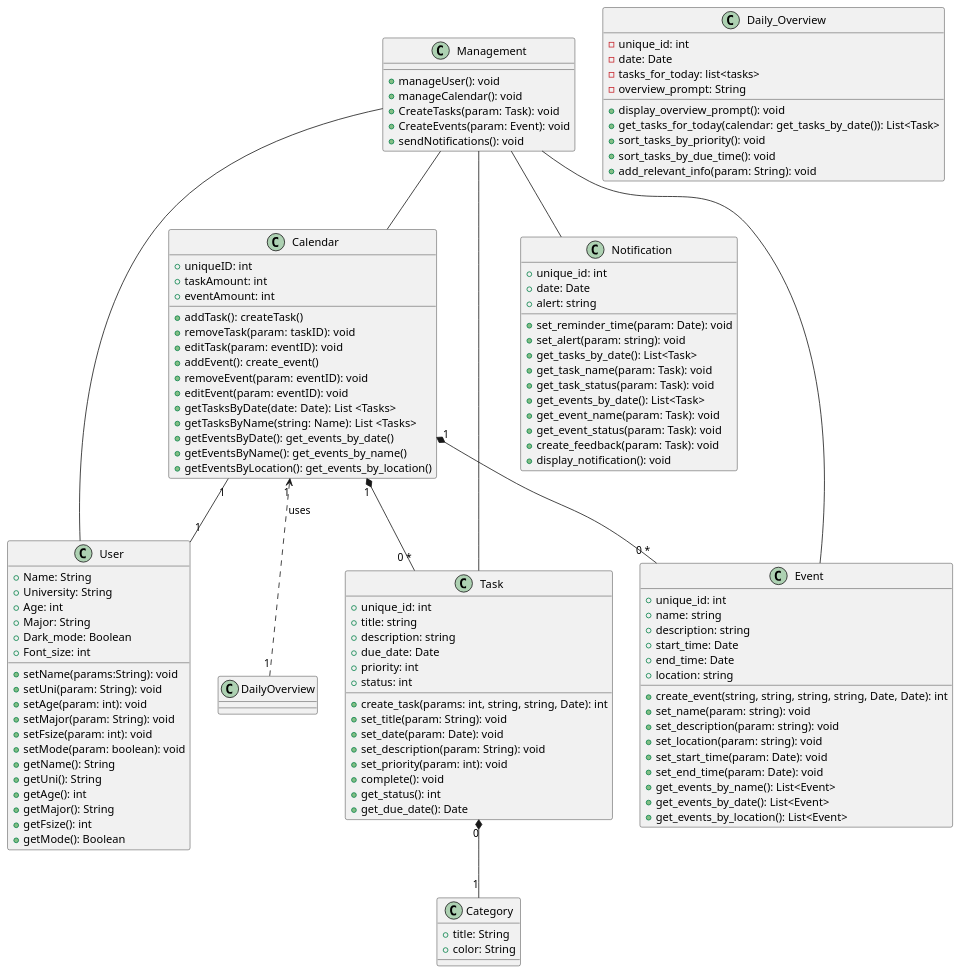
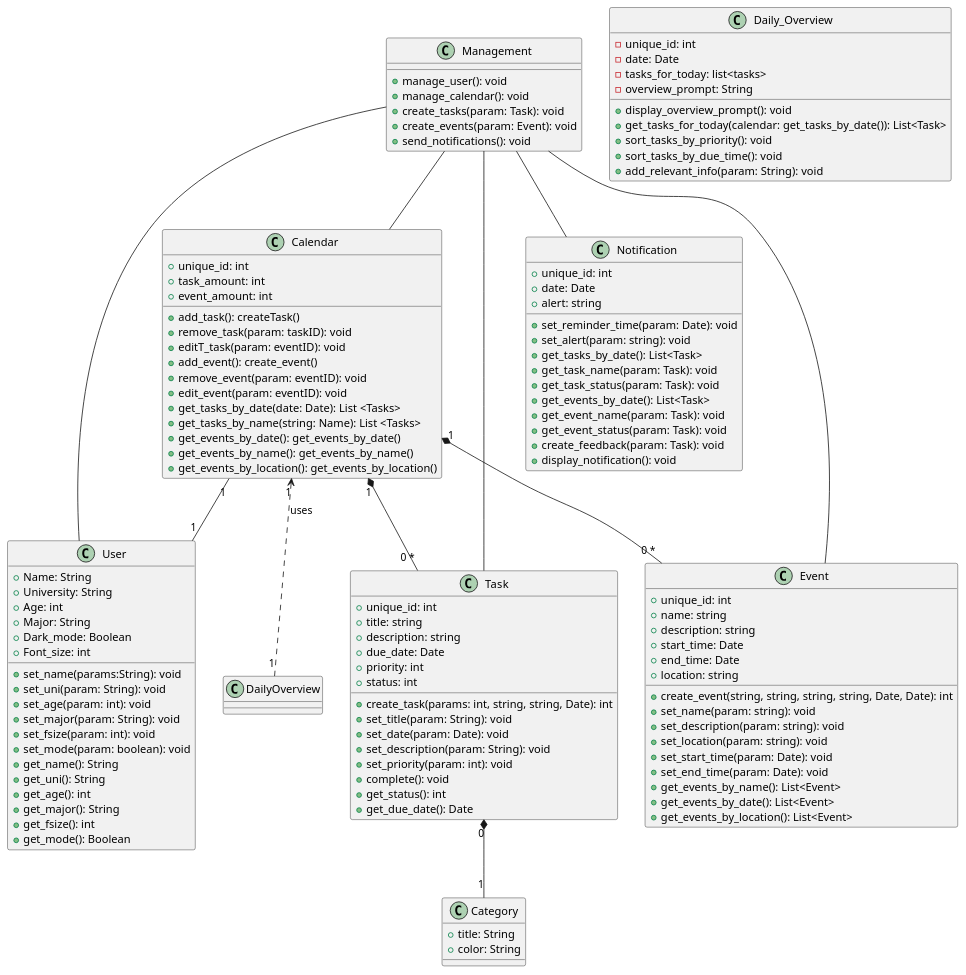
Before and after one commit to CS361-2024Fall-Term/Innovators: the diagram in assignment6/Diagram.puml, drawn with PlantUML.

Commit message:
snake_case on diagram

```diff
--- a/assignment6/Diagram.puml
+++ b/assignment6/Diagram.puml
@@ -1,133 +1,133 @@
 @startuml
 
 class User {
   +Name: String
   +University: String
   +Age: int
   +Major: String
   +Dark_mode: Boolean
   +Font_size: int
-  +setName(params:String): void
-  +setUni(param: String): void
-  +setAge(param: int): void
-  +setMajor(param: String): void
-  +setFsize(param: int): void
-  +setMode(param: boolean): void
-  +getName(): String
-  +getUni(): String
-  +getAge(): int
-  +getMajor(): String
-  +getFsize(): int
-  +getMode(): Boolean
+  +set_name(params:String): void
+  +set_uni(param: String): void
+  +set_age(param: int): void
+  +set_major(param: String): void
+  +set_fsize(param: int): void
+  +set_mode(param: boolean): void
+  +get_name(): String
+  +get_uni(): String
+  +get_age(): int
+  +get_major(): String
+  +get_fsize(): int
+  +get_mode(): Boolean
  
 }
 
 class Calendar {
-  +uniqueID: int  
-  +taskAmount: int
-  +eventAmount: int
-  +addTask(): createTask()
-  +removeTask(param: taskID): void
-  +editTask(param: eventID): void
-  +addEvent(): create_event()
-  +removeEvent(param: eventID): void
-  +editEvent(param: eventID): void
-  +getTasksByDate(date: Date): List <Tasks>
-  +getTasksByName(string: Name): List <Tasks>
-  +getEventsByDate(): get_events_by_date()
-  +getEventsByName(): get_events_by_name()
-  +getEventsByLocation(): get_events_by_location()
+  +unique_id: int  
+  +task_amount: int
+  +event_amount: int
+  +add_task(): createTask()
+  +remove_task(param: taskID): void
+  +editT_task(param: eventID): void
+  +add_event(): create_event()
+  +remove_event(param: eventID): void
+  +edit_event(param: eventID): void
+  +get_tasks_by_date(date: Date): List <Tasks>
+  +get_tasks_by_name(string: Name): List <Tasks>
+  +get_events_by_date(): get_events_by_date()
+  +get_events_by_name(): get_events_by_name()
+  +get_events_by_location(): get_events_by_location()
 }
 
 class Task {
   +unique_id: int
   +title: string
   +description: string
   +due_date: Date
   +priority: int
   +status: int
   +create_task(params: int, string, string, Date): int
   +set_title(param: String): void
   +set_date(param: Date): void
   +set_description(param: String): void
   +set_priority(param: int): void
   +complete(): void
   +get_status(): int
   +get_due_date(): Date
 }
 
 class Category {
   +title: String
   +color: String
 }
 
 class Notification {
   +unique_id: int  
   +date: Date
   +alert: string
   
   +set_reminder_time(param: Date): void
   +set_alert(param: string): void
   +get_tasks_by_date(): List<Task>
   +get_task_name(param: Task): void
   +get_task_status(param: Task): void
   +get_events_by_date(): List<Task>
   +get_event_name(param: Task): void
   +get_event_status(param: Task): void
   +create_feedback(param: Task): void
   +display_notification(): void
 }
 
 class Event {
   +unique_id: int  
   +name: string
   +description: string
   +start_time: Date
   +end_time: Date
   +location: string
   +create_event(string, string, string, string, Date, Date): int
   +set_name(param: string): void
   +set_description(param: string): void
   +set_location(param: string): void
   +set_start_time(param: Date): void
   +set_end_time(param: Date): void
   +get_events_by_name(): List<Event>
   +get_events_by_date(): List<Event>
   +get_events_by_location(): List<Event>
 }
 
 class Daily_Overview {
     -unique_id: int
     -date: Date
     -tasks_for_today: list<tasks>
     -overview_prompt: String
 
     +display_overview_prompt(): void
     +get_tasks_for_today(calendar: get_tasks_by_date()): List<Task>
     +sort_tasks_by_priority(): void
     +sort_tasks_by_due_time(): void
     +add_relevant_info(param: String): void
 }
 
 class Management {
-  +manageUser(): void
-  +manageCalendar(): void
-  +CreateTasks(param: Task): void
-  +CreateEvents(param: Event): void
-  +sendNotifications(): void
+  +manage_user(): void
+  +manage_calendar(): void
+  +create_tasks(param: Task): void
+  +create_events(param: Event): void
+  +send_notifications(): void
 }
 
 Management -- User
 Management -- Calendar
 Management -- Task
 Management -- Event
 Management -- Notification
 
 Calendar "1" -- "1" User
 Calendar "1" *-- "0 *" Task
 Calendar "1" <.. "1" DailyOverview : uses
 Calendar "1" *-- "0 *" Event
 Task "0" *-- "1" Category
 
 
 @enduml
```
